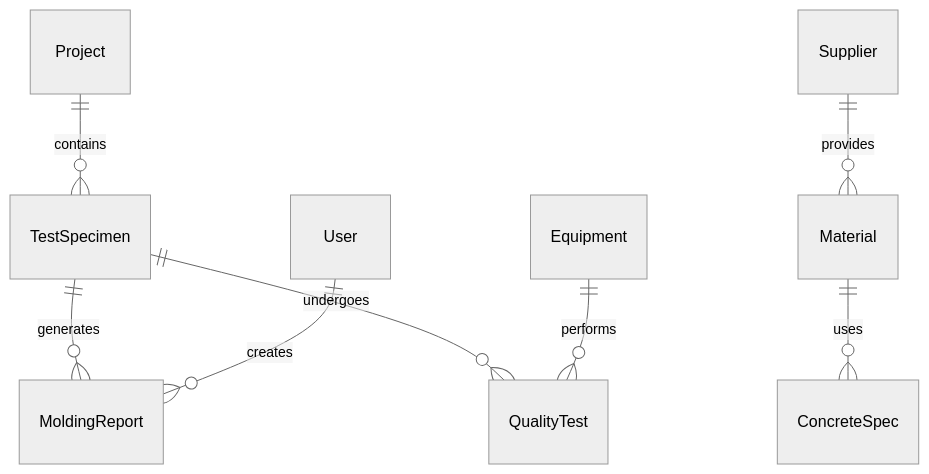
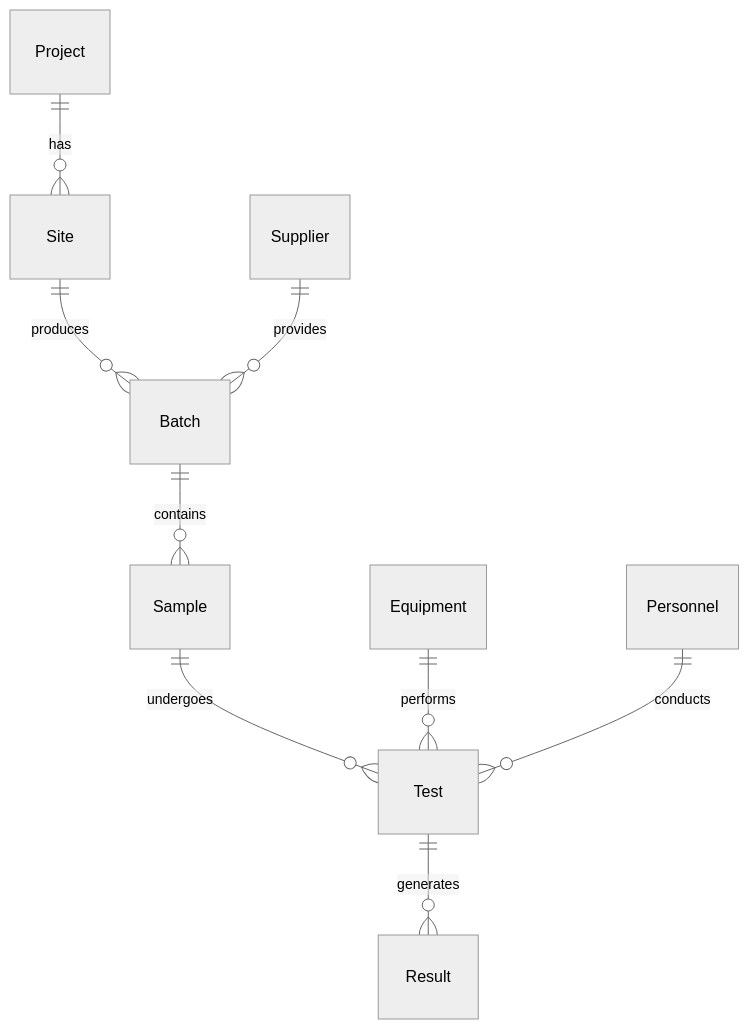
One commit to JavaAddictedDev/concrete-quality-control changed the second of 2 diagrams in README.md. Above: the diagram before and after it, drawn with Mermaid (neutral theme). The commit also changed other lines of this file, not shown here.

First line of the commit message:
feat(docs): add comprehensive concrete quality control system documentation

````diff
--- a/README.md
+++ b/README.md
@@ -115,10 +152,11 @@
 ```mermaid
 erDiagram
-    Project ||--o{ TestSpecimen : contains
-    TestSpecimen ||--o{ MoldingReport : generates
-    TestSpecimen ||--o{ QualityTest : undergoes
-    Supplier ||--o{ Material : provides
-    Material ||--o{ ConcreteSpec : uses
-    Equipment ||--o{ QualityTest : performs
-    User ||--o{ MoldingReport : creates
+    Project ||--o{ Site : has
+    Site ||--o{ Batch : produces
+    Batch ||--o{ Sample : contains
+    Sample ||--o{ Test : undergoes
+    Test ||--o{ Result : generates
+    Supplier ||--o{ Batch : provides
+    Equipment ||--o{ Test : performs
+    Personnel ||--o{ Test : conducts
 ```
````
